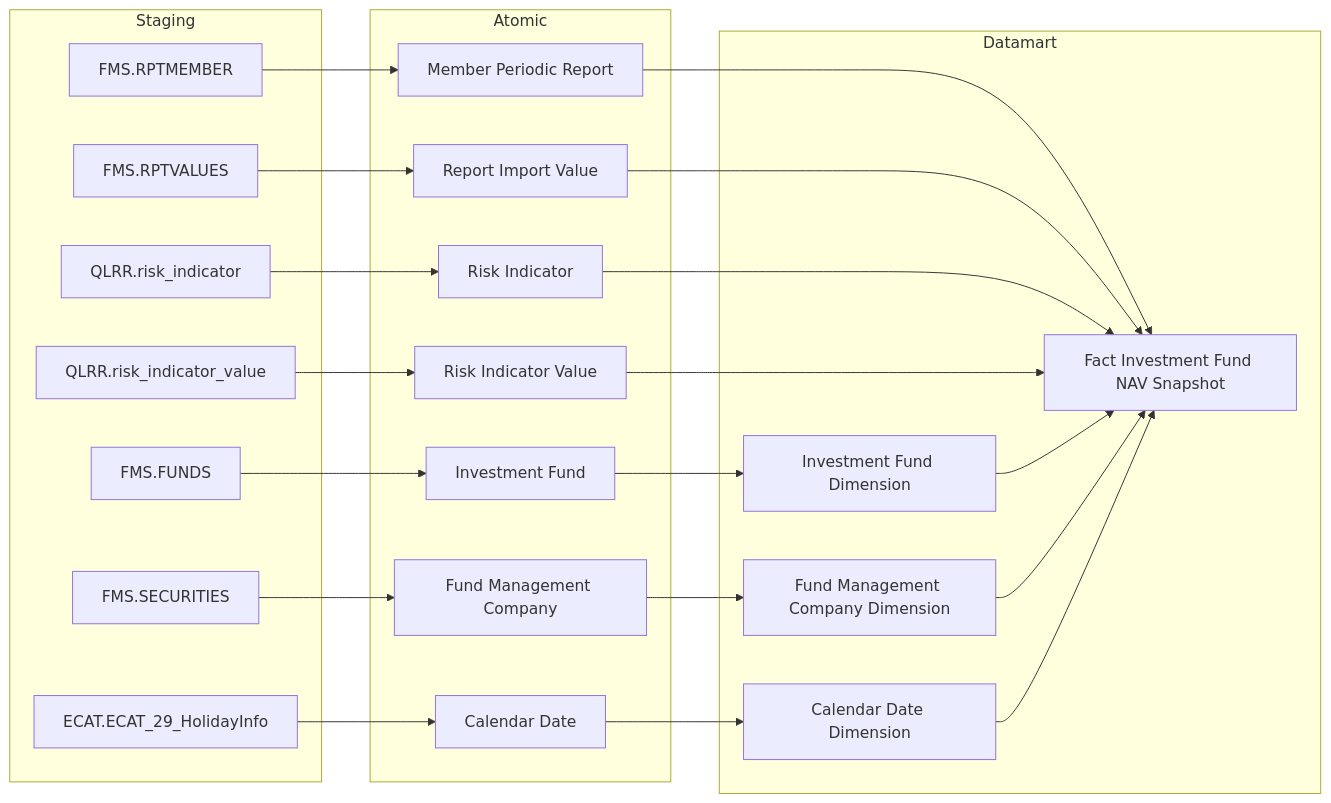
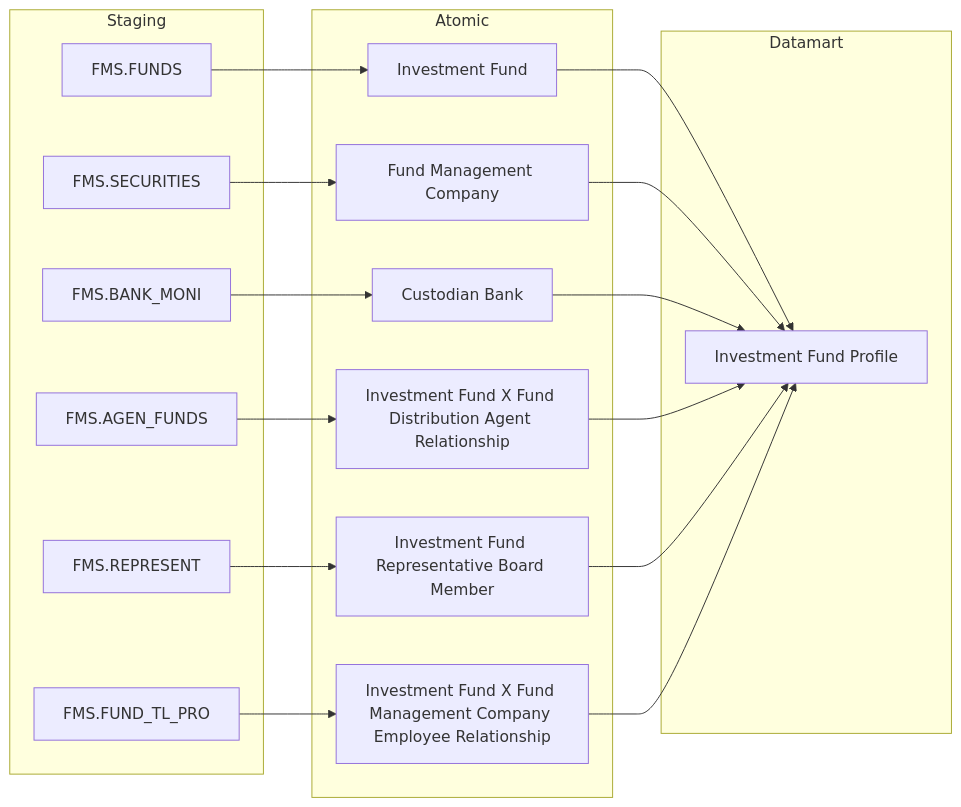
Before and after one commit to linhlvit/ubck_atomic_design: the fourth of 37 diagrams in Datamart/hld/DTM_FMS_HLD.md, drawn with Mermaid. The commit also changed other lines of this file and 5 other files, not shown here.

````diff
--- a/Datamart/hld/DTM_FMS_HLD.md
+++ b/Datamart/hld/DTM_FMS_HLD.md
@@ -155,49 +96,38 @@
 ```mermaid
 flowchart LR
     subgraph SRC["Staging"]
-        FMS_RPTMEMBER["FMS.RPTMEMBER"]
-        FMS_RPTVALUES["FMS.RPTVALUES"]
         FMS_FUNDS["FMS.FUNDS"]
         FMS_SECURITIES["FMS.SECURITIES"]
-        QLRR_risk_indicator["QLRR.risk_indicator"]
-        QLRR_risk_indicator_value["QLRR.risk_indicator_value"]
-        ECAT_ECAT_29_HolidayInfo["ECAT.ECAT_29_HolidayInfo"]
+        FMS_BANKMONI["FMS.BANK_MONI"]
+        FMS_AGENFUNDS["FMS.AGEN_FUNDS"]
+        FMS_REPRESENT["FMS.REPRESENT"]
+        FMS_FUNDTLPRO["FMS.FUND_TL_PRO"]
     end
 
     subgraph SIL["Atomic"]
-        Member_Periodic_Report["Member Periodic Report"]
-        Report_Import_Value["Report Import Value"]
         Investment_Fund["Investment Fund"]
         Fund_Management_Company["Fund Management Company"]
-        Risk_Indicator["Risk Indicator"]
-        Risk_Indicator_Value["Risk Indicator Value"]
-        Calendar_Date["Calendar Date"]
+        Custodian_Bank["Custodian Bank"]
+        Investment_Fund_X_Fund_Distribution_Agent_Relationship["Investment Fund X Fund Distribution Agent Relationship"]
+        Investment_Fund_Representative_Board_Member["Investment Fund Representative Board Member"]
+        Investment_Fund_X_Fund_Management_Company_Employee_Relationship["Investment Fund X Fund Management Company Employee Relationship"]
     end
 
     subgraph GOLD["Datamart"]
-        fct_inv_fnd_nav_snpst["Fact Investment Fund NAV Snapshot"]
-        inv_fnd_dim["Investment Fund Dimension"]
-        fnd_mgt_co_dim["Fund Management Company Dimension"]
-        cdr_dt_dim["Calendar Date Dimension"]
+        inv_fnd_prf["Investment Fund Profile"]
     end
 
-    FMS_RPTMEMBER --> Member_Periodic_Report
-    FMS_RPTVALUES --> Report_Import_Value
     FMS_FUNDS --> Investment_Fund
     FMS_SECURITIES --> Fund_Management_Company
-    QLRR_risk_indicator --> Risk_Indicator
-    QLRR_risk_indicator_value --> Risk_Indicator_Value
-    ECAT_ECAT_29_HolidayInfo --> Calendar_Date
+    FMS_BANKMONI --> Custodian_Bank
+    FMS_AGENFUNDS --> Investment_Fund_X_Fund_Distribution_Agent_Relationship
+    FMS_REPRESENT --> Investment_Fund_Representative_Board_Member
+    FMS_FUNDTLPRO --> Investment_Fund_X_Fund_Management_Company_Employee_Relationship
 
-    Member_Periodic_Report --> fct_inv_fnd_nav_snpst
-    Report_Import_Value --> fct_inv_fnd_nav_snpst
-    Risk_Indicator --> fct_inv_fnd_nav_snpst
-    Risk_Indicator_Value --> fct_inv_fnd_nav_snpst
-    Investment_Fund --> inv_fnd_dim
-    Fund_Management_Company --> fnd_mgt_co_dim
-    Calendar_Date --> cdr_dt_dim
-
-    inv_fnd_dim --> fct_inv_fnd_nav_snpst
-    fnd_mgt_co_dim --> fct_inv_fnd_nav_snpst
-    cdr_dt_dim --> fct_inv_fnd_nav_snpst
+    Investment_Fund --> inv_fnd_prf
+    Fund_Management_Company --> inv_fnd_prf
+    Custodian_Bank --> inv_fnd_prf
+    Investment_Fund_X_Fund_Distribution_Agent_Relationship --> inv_fnd_prf
+    Investment_Fund_Representative_Board_Member --> inv_fnd_prf
+    Investment_Fund_X_Fund_Management_Company_Employee_Relationship --> inv_fnd_prf
 ```
````
